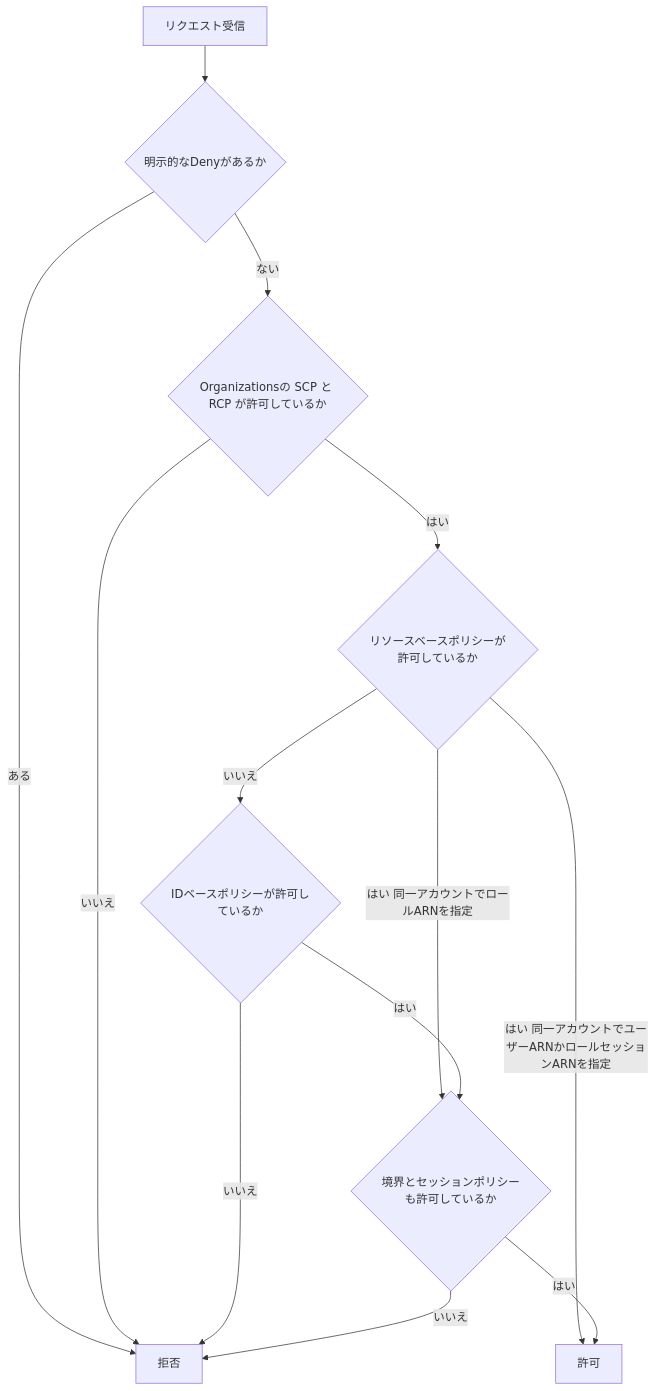
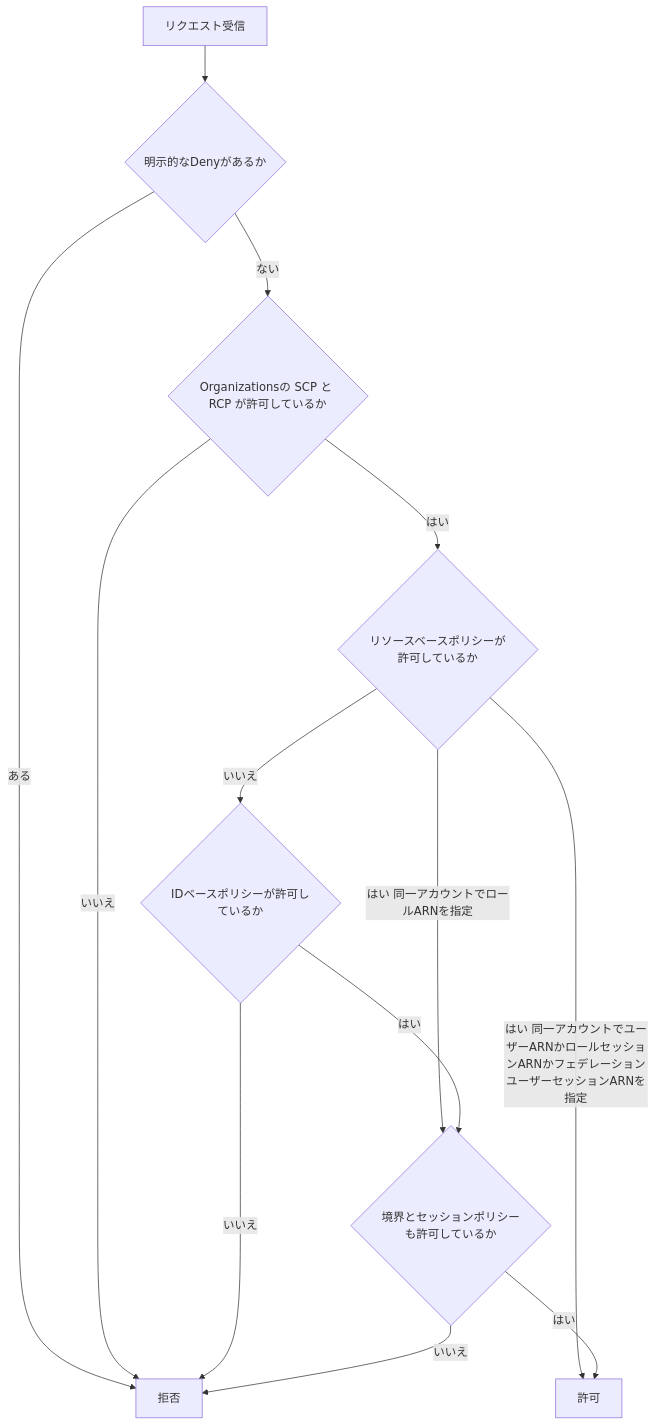
The second of 16 diagrams in Aws-scs-c03-domain4-iam-guide.md (myoshi2891/Cloud-Infrastructure-and-Network-Studies), drawn with Mermaid before and after one commit. The commit also changed other lines of this file, not shown here.

````diff
--- a/Aws-scs-c03-domain4-iam-guide.md
+++ b/Aws-scs-c03-domain4-iam-guide.md
@@ -92,15 +92,15 @@
 ```mermaid
 flowchart TD
     S["リクエスト受信"] --> D{"明示的なDenyがあるか"}
     D -->|"ある"| X["拒否"]
     D -->|"ない"| O{"Organizationsの SCP と RCP が許可しているか"}
     O -->|"いいえ"| X
     O -->|"はい"| R{"リソースベースポリシーが許可しているか"}
-    R -->|"はい 同一アカウントでユーザーARNかロールセッションARNを指定"| OK["許可"]
+    R -->|"はい 同一アカウントでユーザーARNかロールセッションARNかフェデレーションユーザーセッションARNを指定"| OK["許可"]
     R -->|"はい 同一アカウントでロールARNを指定"| B
     R -->|"いいえ"| I{"IDベースポリシーが許可しているか"}
     I -->|"いいえ"| X
     I -->|"はい"| B{"境界とセッションポリシーも許可しているか"}
     B -->|"はい"| OK
     B -->|"いいえ"| X
 ```
````
